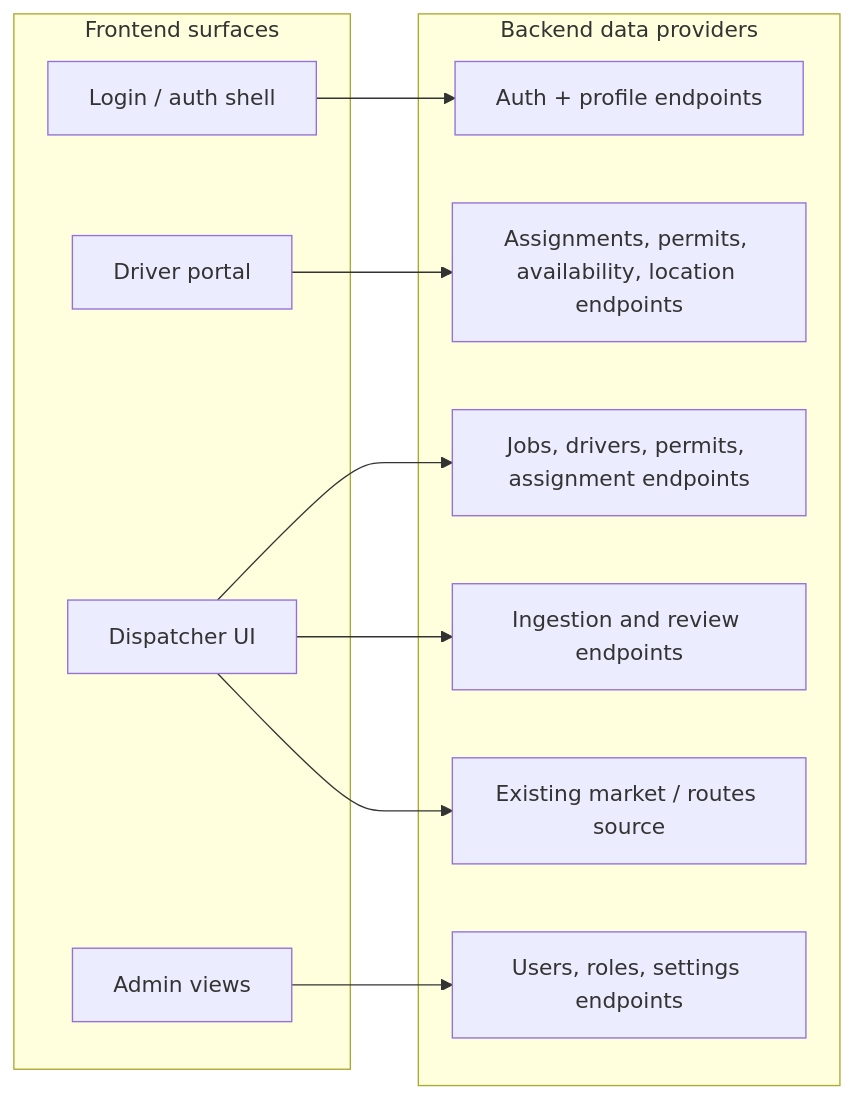
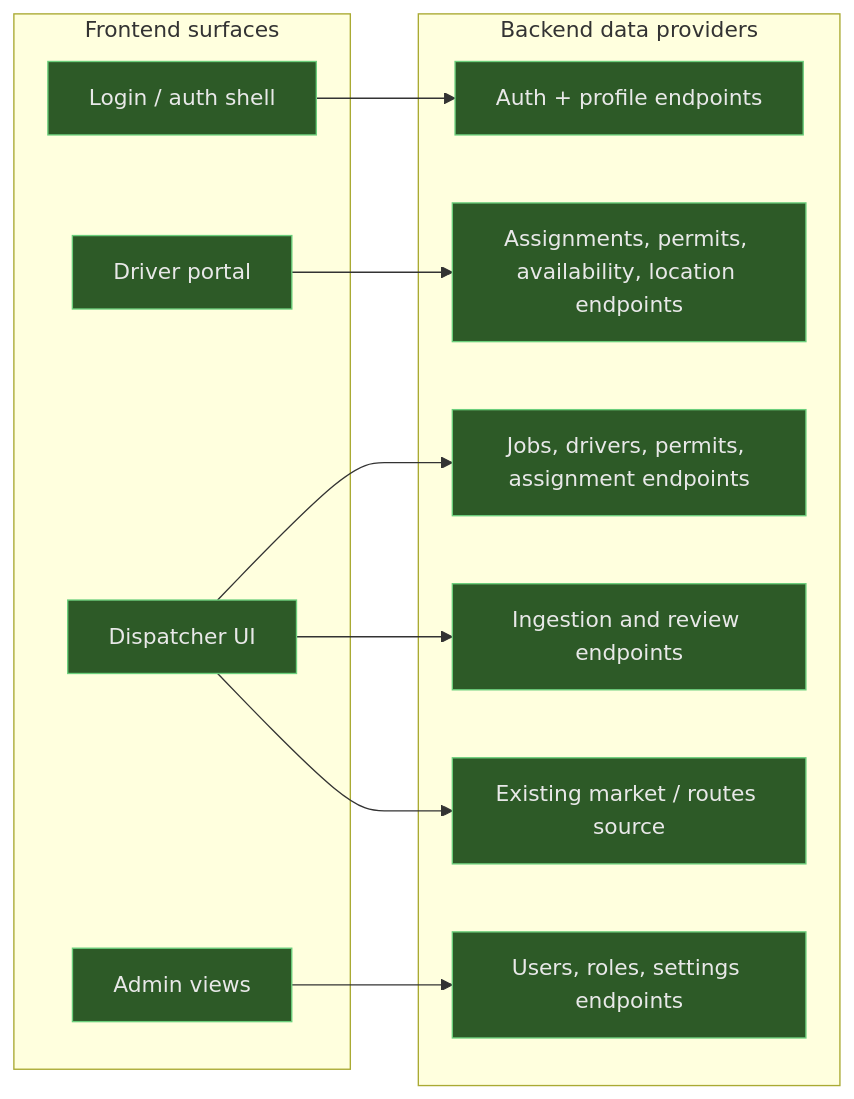
The seventh of 24 diagrams in plan.md (AlexGuruz/gigatt-geomapper), drawn with Mermaid before and after one commit. The commit also changed other lines of this file and 52 other files, not shown here.

Commit message:
Add login/auth gating and phase 4-7 backend/UI scaffolding

````diff
--- a/plan.md
+++ b/plan.md
@@ -216,25 +230,30 @@
 ```mermaid
 flowchart LR
+    classDef built fill:#2d5a27,stroke:#6bcf7c,color:#e8e8e8
+    classDef unbuilt fill:#4a4a4a,stroke:#888,color:#ccc
+
     subgraph Surfaces["Frontend surfaces"]
         Login[Login / auth shell]
         DriverPortal[Driver portal]
         DispatchUI[Dispatcher UI]
         AdminUI[Admin views]
     end
 
     subgraph Providers["Backend data providers"]
         AuthAPI[Auth + profile endpoints]
         DriverAPI[Assignments, permits, availability, location endpoints]
         DispatchAPI[Jobs, drivers, permits, assignment endpoints]
         IntakeAPI[Ingestion and review endpoints]
         AdminAPI[Users, roles, settings endpoints]
         LegacyFeed[Existing market / routes source]
     end
 
     Login --> AuthAPI
     DriverPortal --> DriverAPI
     DispatchUI --> DispatchAPI
     DispatchUI --> IntakeAPI
     DispatchUI --> LegacyFeed
     AdminUI --> AdminAPI
+
+    class Login,DriverPortal,DispatchUI,AdminUI,AdminAPI,AuthAPI,DriverAPI,DispatchAPI,IntakeAPI,LegacyFeed built
 ```
````
